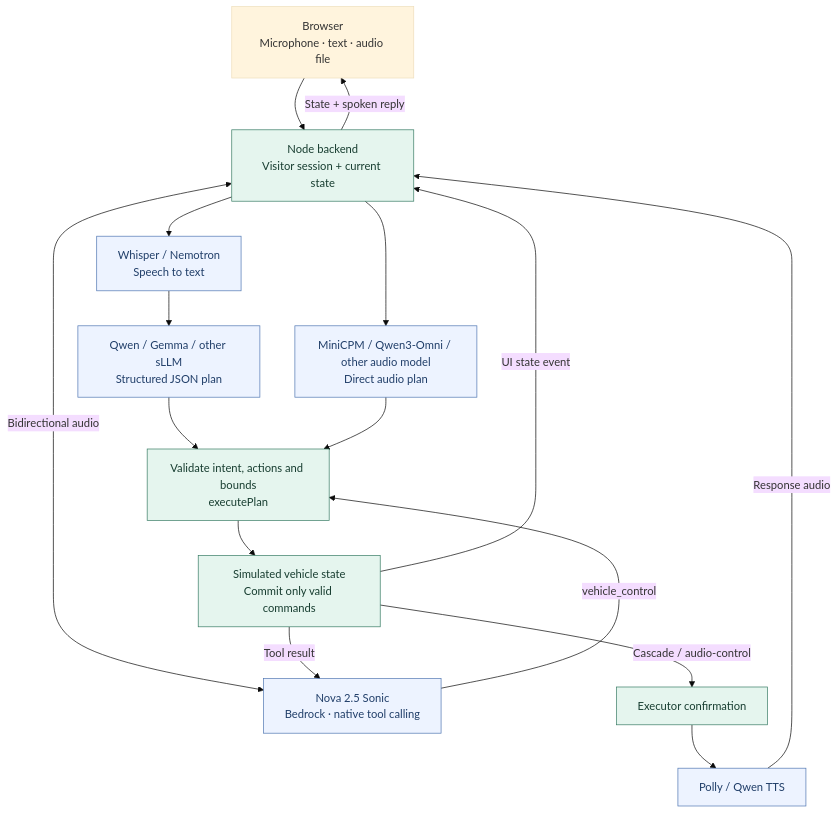
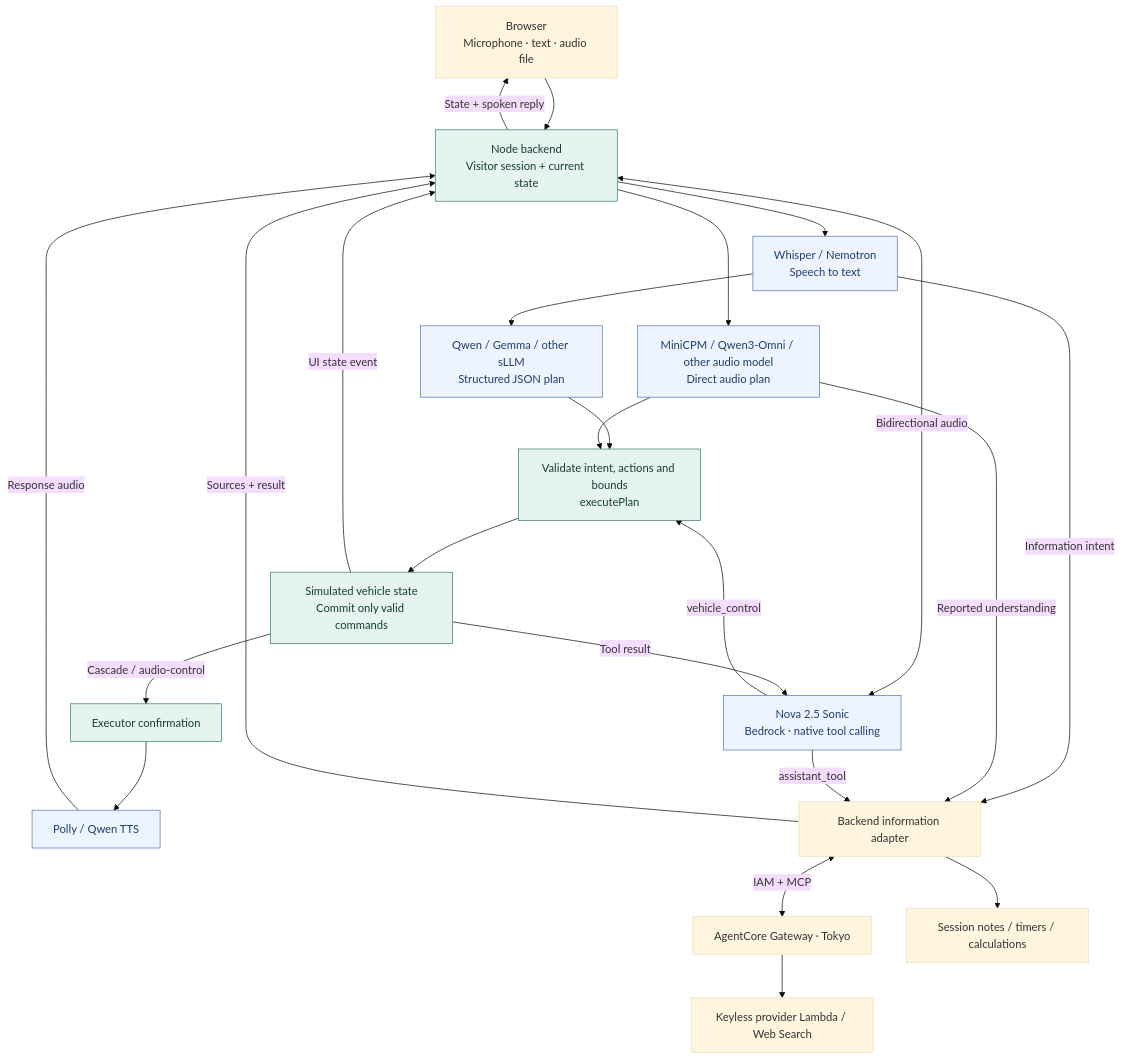
Before and after one commit to daekeun-ml/vehicle-voice-lab: the diagram in docs/diagrams/runtime.mmd, drawn with Mermaid (base theme). The commit also changed 27 other files, not shown here.

Commit message:
feat: connect AgentCore information tools and live radio with latency screening

```diff
--- a/docs/diagrams/runtime.mmd
+++ b/docs/diagrams/runtime.mmd
@@ -1,20 +1,27 @@
 flowchart TB
     User["Browser<br/>Microphone · text · audio file"] --> App["Node backend<br/>Visitor session + current state"]
     App --> ASR["Whisper / Nemotron<br/>Speech to text"]
     ASR --> Planner["Qwen / Gemma / other sLLM<br/>Structured JSON plan"]
     App --> Audio["MiniCPM / Qwen3-Omni / other audio model<br/>Direct audio plan"]
     Planner --> Guard["Validate intent, actions and bounds<br/>executePlan"]
     Audio --> Guard
     App <-->|"Bidirectional audio"| Sonic["Nova 2.5 Sonic<br/>Bedrock · native tool calling"]
     Sonic -->|"vehicle_control"| Guard
     Guard --> State["Simulated vehicle state<br/>Commit only valid commands"]
     State -->|"UI state event"| App
     State -->|"Cascade / audio-control"| Confirm["Executor confirmation"]
     Confirm --> TTS["Polly / Qwen TTS"]
     TTS -->|"Response audio"| App
     State -->|"Tool result"| Sonic
     App -->|"State + spoken reply"| User
+    ASR -->|"Information intent"| Tools["Backend information adapter"]
+    Audio -->|"Reported understanding"| Tools
+    Sonic -->|"assistant_tool"| Tools
+    Tools <-->|"IAM + MCP"| Gateway["AgentCore Gateway · Tokyo"]
+    Gateway --> Provider["Keyless provider Lambda / Web Search"]
+    Tools --> Local["Session notes / timers / calculations"]
+    Tools -->|"Sources + result"| App
     classDef app fill:#e5f5ee,stroke:#397c65,color:#173d30
     classDef model fill:#edf3ff,stroke:#5278b3,color:#203e69
     class App,Guard,State,Confirm app
     class ASR,Planner,Audio,Sonic,TTS model
```
